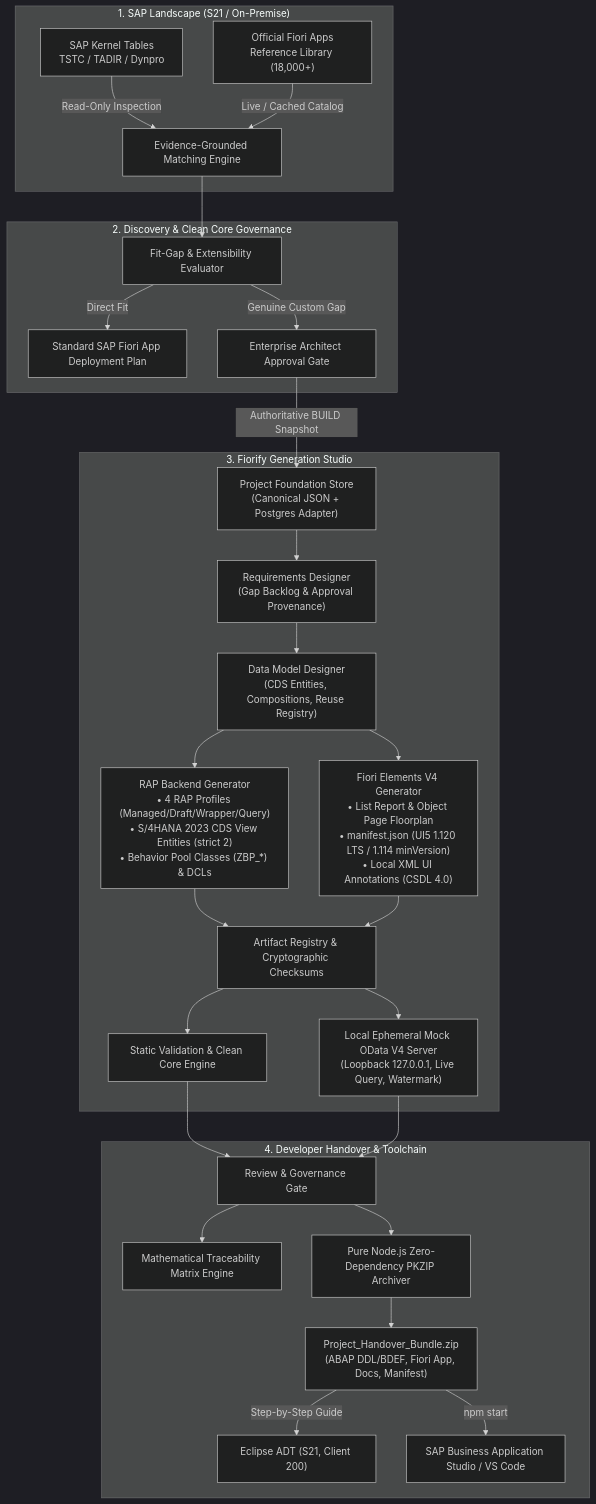
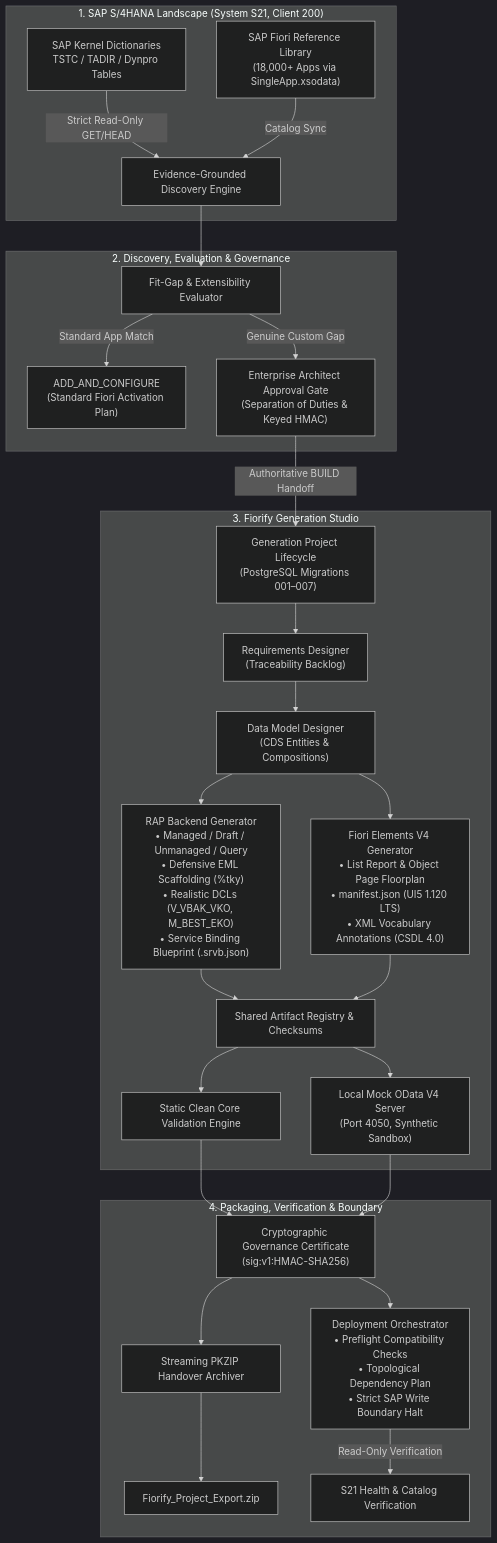
The diagram in README.md (samarth092005/Firorix), drawn with Mermaid (dark theme) before and after one commit. The commit also changed other lines of this file and 137 other files, not shown here.

````diff
--- a/README.md
+++ b/README.md
@@ -22,36 +24,35 @@
 ```mermaid
 flowchart TD
-    subgraph SAP_Source ["1. SAP Landscape (S21 / On-Premise)"]
-        TSTC["SAP Kernel Tables\nTSTC / TADIR / Dynpro"] -->|Read-Only Inspection| DISC_ENG
-        FAL["Official Fiori Apps\nReference Library (18,000+)"] -->|Live / Cached Catalog| DISC_ENG
+    subgraph SAP_Source ["1. SAP S/4HANA Landscape (System S21, Client 200)"]
+        TSTC["SAP Kernel Dictionaries\nTSTC / TADIR / Dynpro Tables"] -->|Strict Read-Only GET/HEAD| DISC_ENG
+        FAL["SAP Fiori Reference Library\n(18,000+ Apps via SingleApp.xsodata)"] -->|Catalog Sync| DISC_ENG
     end
 
-    subgraph Discovery_Phase ["2. Discovery & Clean Core Governance"]
-        DISC_ENG["Evidence-Grounded Matching Engine"] --> FITGAP["Fit-Gap & Extensibility Evaluator"]
-        FITGAP -->|Direct Fit| STD_FIORI["Standard SAP Fiori App Deployment Plan"]
-        FITGAP -->|Genuine Custom Gap| APPROVAL["Enterprise Architect Approval Gate"]
+    subgraph Modernization_Phase ["2. Discovery, Evaluation & Governance"]
+        DISC_ENG["Evidence-Grounded Discovery Engine"] --> FITGAP["Fit-Gap & Extensibility Evaluator"]
+        FITGAP -->|Standard App Match| ADD_CFG["ADD_AND_CONFIGURE\n(Standard Fiori Activation Plan)"]
+        FITGAP -->|Genuine Custom Gap| APPROVAL["Enterprise Architect Approval Gate\n(Separation of Duties & Keyed HMAC)"]
     end
 
     subgraph GenStudio ["3. Fiorify Generation Studio"]
-        APPROVAL -->|Authoritative BUILD Snapshot| GEN_PROJ["Project Foundation Store\n(Canonical JSON + Postgres Adapter)"]
-        GEN_PROJ --> REQ_DES["Requirements Designer\n(Gap Backlog & Approval Provenance)"]
-        REQ_DES --> DM_DES["Data Model Designer\n(CDS Entities, Compositions, Reuse Registry)"]
+        APPROVAL -->|Authoritative BUILD Handoff| GEN_PROJ["Generation Project Lifecycle\n(PostgreSQL Migrations 001–007)"]
+        GEN_PROJ --> REQ_DES["Requirements Designer\n(Traceability Backlog)"]
+        REQ_DES --> DM_DES["Data Model Designer\n(CDS Entities & Compositions)"]
         
-        DM_DES --> RAP_ENG["RAP Backend Generator\n• 4 RAP Profiles (Managed/Draft/Wrapper/Query)\n• S/4HANA 2023 CDS View Entities (strict 2)\n• Behavior Pool Classes (ZBP_*) & DCLs"]
-        DM_DES --> FE_ENG["Fiori Elements V4 Generator\n• List Report & Object Page Floorplan\n• manifest.json (UI5 1.120 LTS / 1.114 minVersion)\n• Local XML UI Annotations (CSDL 4.0)"]
+        DM_DES --> RAP_ENG["RAP Backend Generator\n• Managed / Draft / Unmanaged / Query\n• Defensive EML Scaffolding (%tky)\n• Realistic DCLs (V_VBAK_VKO, M_BEST_EKO)\n• Service Binding Blueprint (.srvb.json)"]
+        DM_DES --> FE_ENG["Fiori Elements V4 Generator\n• List Report & Object Page Floorplan\n• manifest.json (UI5 1.120 LTS)\n• XML Vocabulary Annotations (CSDL 4.0)"]
         
-        RAP_ENG & FE_ENG --> ART_REG["Artifact Registry & Cryptographic Checksums"]
-        ART_REG --> STATIC_VAL["Static Validation & Clean Core Engine"]
-        ART_REG --> MOCK_SRV["Local Ephemeral Mock OData V4 Server\n(Loopback 127.0.0.1, Live Query, Watermark)"]
+        RAP_ENG & FE_ENG --> ART_REG["Shared Artifact Registry & Checksums"]
+        ART_REG --> STATIC_VAL["Static Clean Core Validation Engine"]
+        ART_REG --> MOCK_SRV["Local Mock OData V4 Server\n(Port 4050, Synthetic Sandbox)"]
     end
 
-    subgraph Handover_Phase ["4. Developer Handover & Toolchain"]
-        STATIC_VAL & MOCK_SRV --> GOV_GATE["Review & Governance Gate"]
-        GOV_GATE --> TRACE["Mathematical Traceability Matrix Engine"]
-        GOV_GATE --> PKZIP["Pure Node.js Zero-Dependency PKZIP Archiver"]
-        PKZIP --> BUNDLE["Project_Handover_Bundle.zip\n(ABAP DDL/BDEF, Fiori App, Docs, Manifest)"]
+    subgraph Deployment_Phase ["4. Packaging, Verification & Boundary"]
+        STATIC_VAL & MOCK_SRV --> GOV_CERT["Cryptographic Governance Certificate\n(sig:v1:HMAC-SHA256)"]
+        GOV_CERT --> PKZIP["Streaming PKZIP Handover Archiver"]
+        PKZIP --> BUNDLE["Fiorify_Project_Export.zip"]
         
-        BUNDLE -->|Step-by-Step Guide| ECLIPSE["Eclipse ADT (S21, Client 200)"]
-        BUNDLE -->|npm start| BAS["SAP Business Application Studio / VS Code"]
+        GOV_CERT --> ORCH["Deployment Orchestrator\n• Preflight Compatibility Checks\n• Topological Dependency Plan\n• Strict SAP Write Boundary Halt"]
+        ORCH -->|Read-Only Verification| S21_VERIF["S21 Health & Catalog Verification"]
     end
 ```
````
